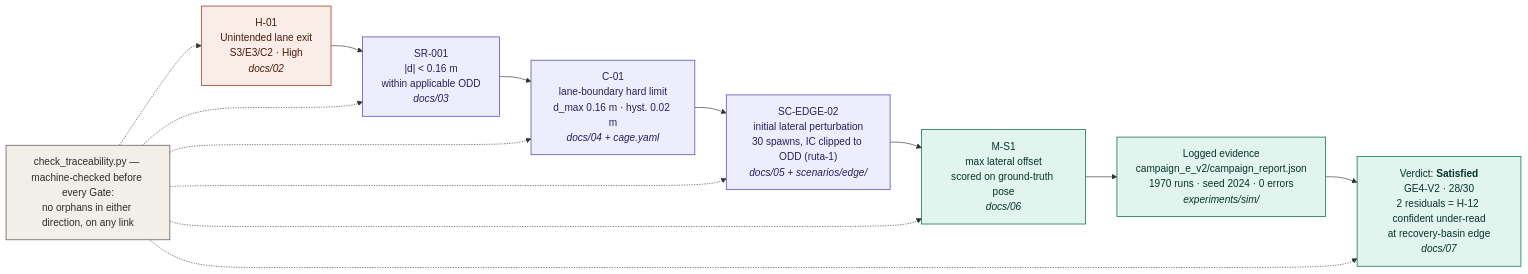
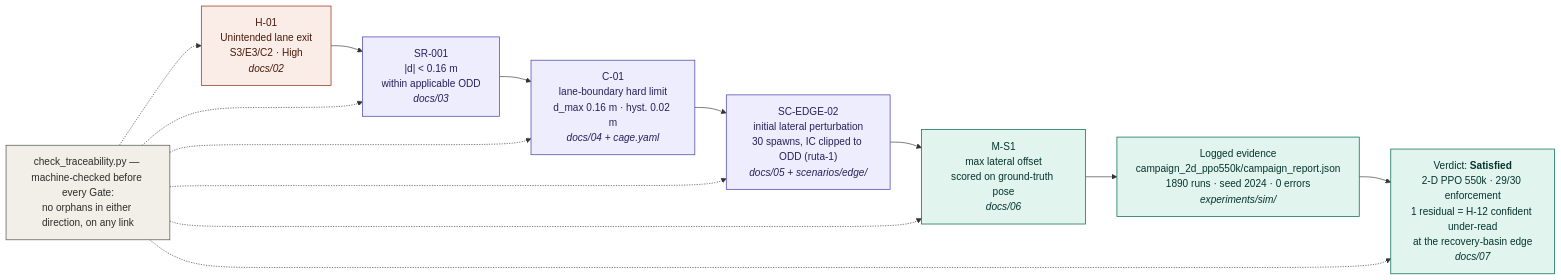
The first of 2 diagrams in manuscript/chapters/chapter_08_experimental_evaluation.md (snchz46/MT-SE4AI-Safe-RL-Cobraflex), drawn with Mermaid before and after one commit. The commit also changed other lines of this file and 92 other files, not shown here.

````diff
--- a/manuscript/chapters/chapter_08_experimental_evaluation.md
+++ b/manuscript/chapters/chapter_08_experimental_evaluation.md
@@ -510,29 +510,29 @@
 ```mermaid
 %% Fuente canónica: manuscript/figures/traceability_case_sr001.mmd
 flowchart LR
     H["H-01<br/>Unintended lane exit<br/>S3/E3/C2 &middot; High<br/><i>docs/02</i>"]
     SR["SR-001<br/>|d| &lt; 0.16 m<br/>within applicable ODD<br/><i>docs/03</i>"]
     C["C-01<br/>lane-boundary hard limit<br/>d_max 0.16 m &middot; hyst. 0.02 m<br/><i>docs/04 + cage.yaml</i>"]
     SC["SC-EDGE-02<br/>initial lateral perturbation<br/>30 spawns, IC clipped to ODD (ruta-1)<br/><i>docs/05 + scenarios/edge/</i>"]
     M["M-S1<br/>max lateral offset<br/>scored on ground-truth pose<br/><i>docs/06</i>"]
-    EV["Logged evidence<br/>campaign_e_v2/campaign_report.json<br/>1970 runs &middot; seed 2024 &middot; 0 errors<br/><i>experiments/sim/</i>"]
-    V["Verdict: <b>Satisfied</b><br/>GE4-V2 &middot; 28/30<br/>2 residuals = H-12 confident under-read<br/>at recovery-basin edge<br/><i>docs/07</i>"]
+    EV["Logged evidence<br/>campaign_2d_ppo550k/campaign_report.json<br/>1890 runs &middot; seed 2024 &middot; 0 errors<br/><i>experiments/sim/</i>"]
+    V["Verdict: <b>Satisfied</b><br/>2-D PPO 550k &middot; 29/30 enforcement<br/>1 residual = H-12 confident under-read<br/>at the recovery-basin edge<br/><i>docs/07</i>"]
     CHK["check_traceability.py &mdash; machine-checked before every Gate:<br/>no orphans in either direction, on any link"]
 
     H --> SR --> C --> SC --> M --> EV --> V
     CHK -.-> H
     CHK -.-> SR
     CHK -.-> C
     CHK -.-> SC
     CHK -.-> M
     CHK -.-> V
 
     classDef hazard fill:#FAECE7,stroke:#993C1D,color:#4A1B0C,stroke-width:1.2px;
     classDef spec   fill:#EEEDFE,stroke:#534AB7,color:#26215C,stroke-width:1.2px;
     classDef evid   fill:#E1F5EE,stroke:#0F6E56,color:#04342C,stroke-width:1.2px;
     classDef tool   fill:#F1EFE8,stroke:#5F5E5A,color:#2C2C2A,stroke-width:1.2px;
     class H hazard;
     class SR,C,SC spec;
     class M,EV,V evid;
     class CHK tool;
 ```
````
